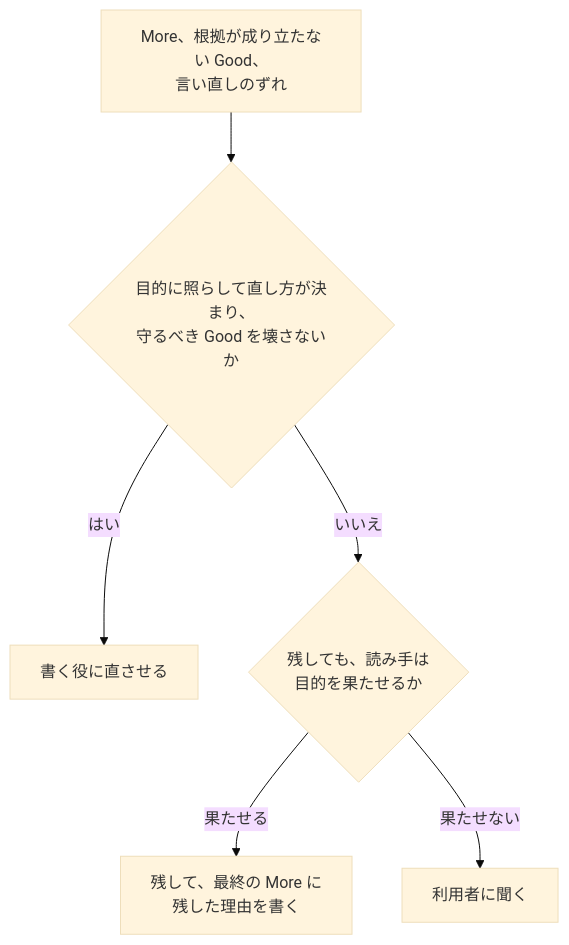
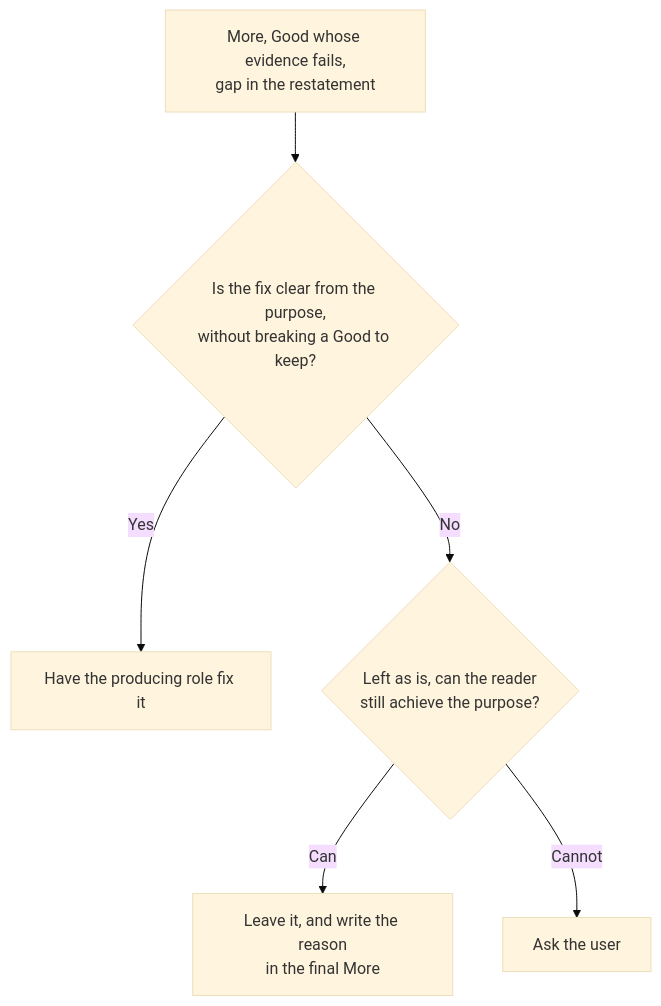
One commit to lovaizu/ccpm changed the fifth of 5 diagrams in writ/docs/design.md. Above: the diagram before and after it, drawn with Mermaid (base theme). The commit also changed other lines of this file and 4 other files, not shown here.

````diff
--- a/writ/docs/design.md
+++ b/writ/docs/design.md
@@ -201,14 +201,14 @@
 ```mermaid
 flowchart TD
-  M[More、根拠が成り立たない Good、<br/>言い直しのずれ]
-  Q1{目的に照らして直し方が決まり、<br/>守るべき Good を壊さないか}
-  X[書く役に直させる]
-  Q2{残しても、読み手は<br/>目的を果たせるか}
-  L[残して、最終の More に<br/>残した理由を書く]
-  B[利用者に聞く]
+  M[More, Good whose evidence fails,<br/>gap in the restatement]
+  Q1{Is the fix clear from the purpose,<br/>without breaking a Good to keep?}
+  X[Have the producing role fix it]
+  Q2{Left as is, can the reader<br/>still achieve the purpose?}
+  L[Leave it, and write the reason<br/>in the final More]
+  B[Ask the user]
   M --> Q1
-  Q1 -->|はい| X
-  Q1 -->|いいえ| Q2
-  Q2 -->|果たせる| L
-  Q2 -->|果たせない| B
+  Q1 -->|Yes| X
+  Q1 -->|No| Q2
+  Q2 -->|Can| L
+  Q2 -->|Cannot| B
 ```
````
